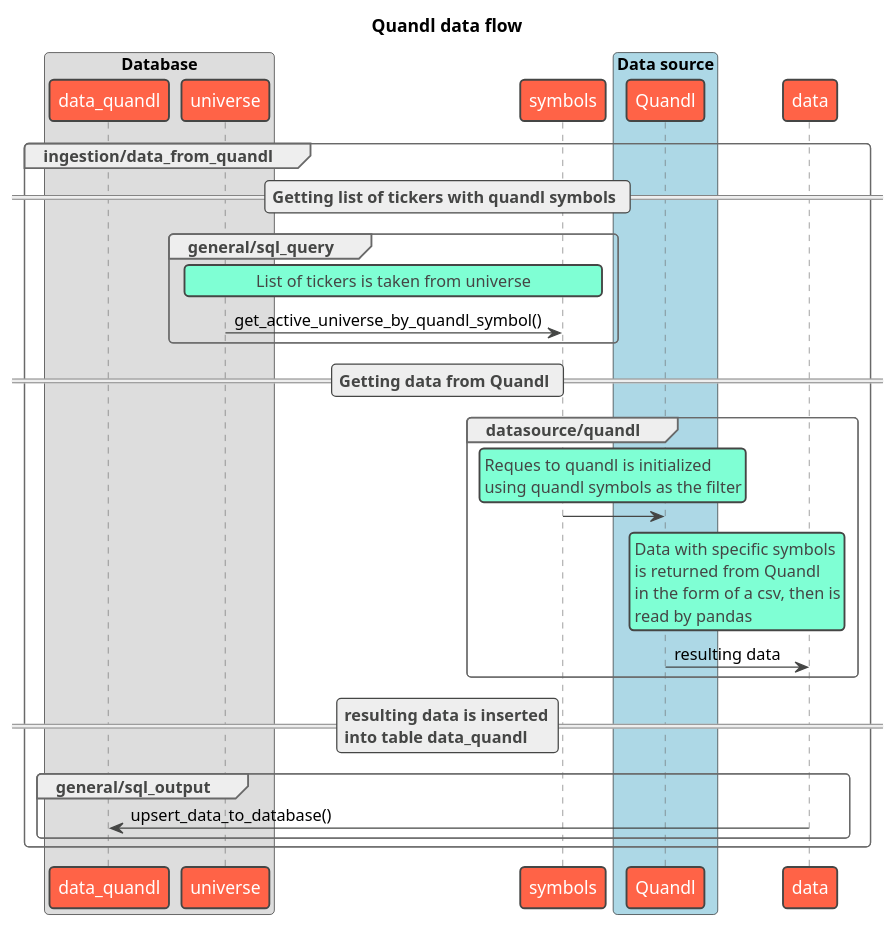
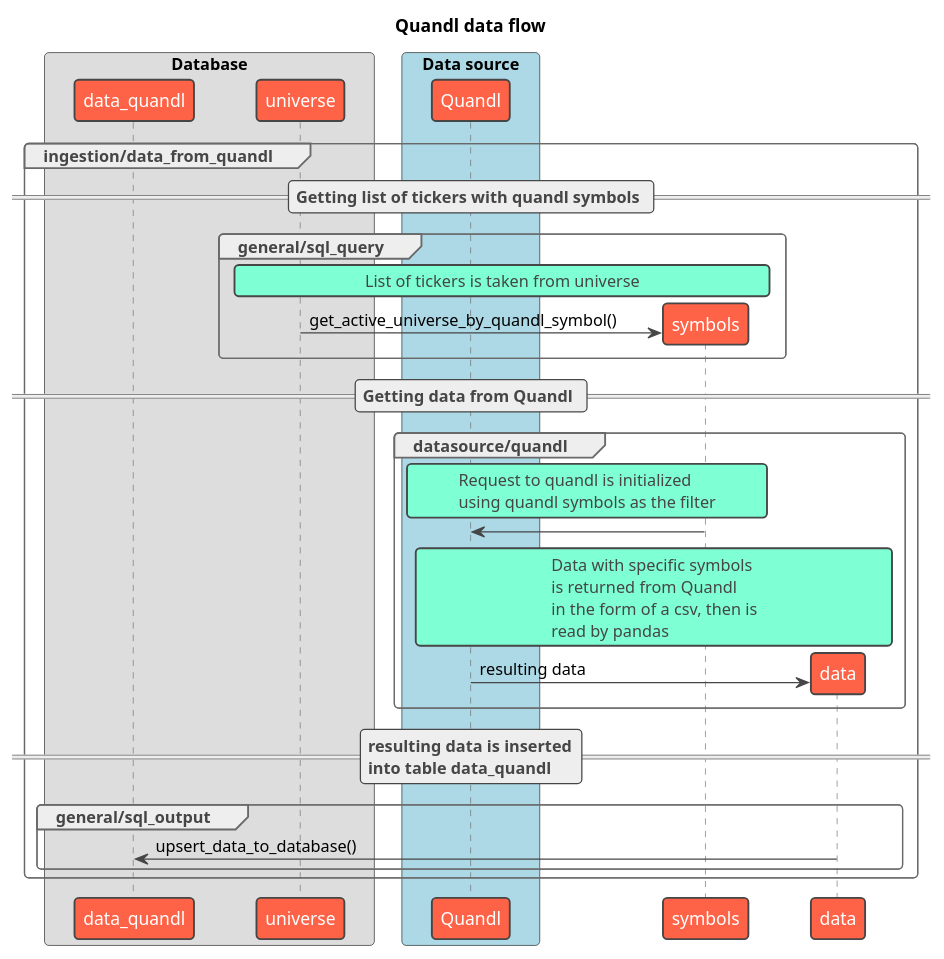
One commit to asklora/DROID_V2.1 changed the diagram in docs/quandl_flow.wsd. Above: the diagram before and after it, drawn with PlantUML. The commit also changed 3 other files, not shown here.

Commit message:
updated all flows

```diff
--- a/docs/quandl_flow.wsd
+++ b/docs/quandl_flow.wsd
@@ -1,56 +1,58 @@
 @startuml quandl
 
 title "Quandl data flow"
 
 !theme vibrant
 
 skinparam shadowing false
 skinparam defaultFontName Ubuntu
+skinparam ParticipantPadding 20
+skinparam BoxPadding 10
 
 box "Database"
 participant data_quandl
 participant universe
 end box
-participant symbols
 box "Data source" #LightBlue
 participant Quandl
 end box
-participant data
 
 group ingestion/data_from_quandl
     == Getting list of tickers with quandl symbols ==
     group general/sql_query
+        create symbols
         rnote over universe, symbols
         List of tickers is taken from universe
         end note
 
         universe -> symbols : get_active_universe_by_quandl_symbol()
     end
 
     == Getting data from Quandl ==
     group datasource/quandl
         rnote over symbols, Quandl
-        Reques to quandl is initialized
+        Request to quandl is initialized
         using quandl symbols as the filter
         end note
 
         symbols -> Quandl
 
+        create data
         rnote over Quandl, data
         Data with specific symbols
         is returned from Quandl
         in the form of a csv, then is
         read by pandas
         end note
 
         Quandl -> data : resulting data
     end
 
     == resulting data is inserted\ninto table data_quandl ==
     group general/sql_output
         data -> data_quandl : upsert_data_to_database()
     end
 
 end
 
 @enduml
```
